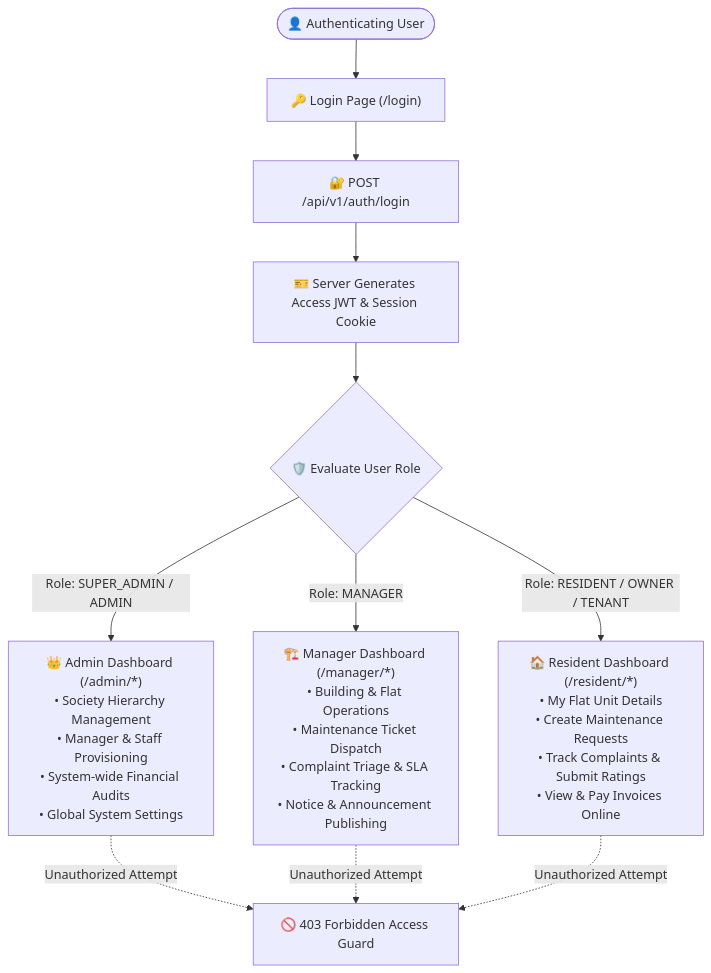
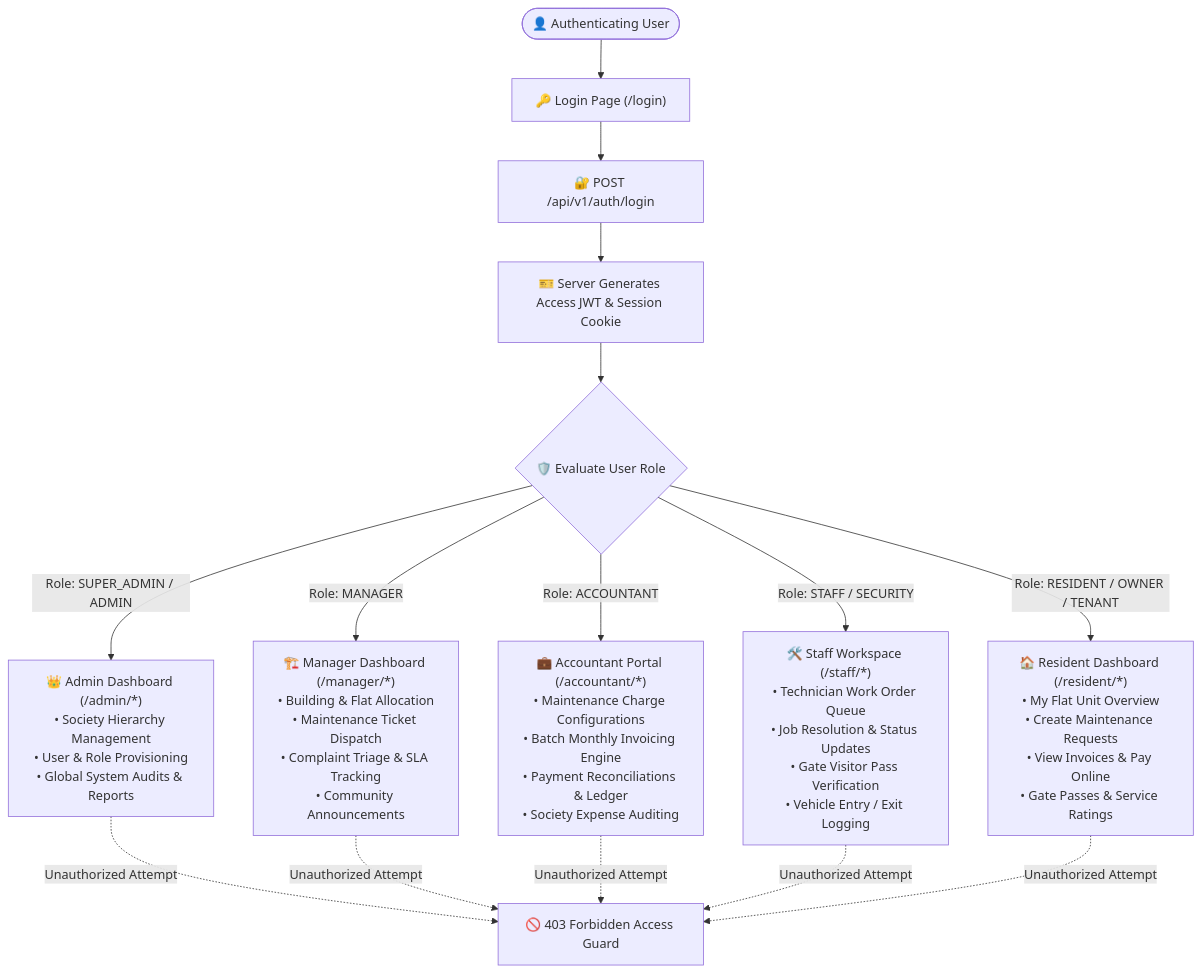
The second of 12 diagrams in flat-maintenance-backend/docs/BACKEND_TECHNICAL_DOCUMENTATION.md (umarxcodes/flat-maintenance-system), drawn with Mermaid before and after one commit. The commit also changed other lines of this file, not shown here.

Commit message:
docs: complete production architecture blueprint with ADRs, gap analysis, and quality gates

````diff
--- a/flat-maintenance-backend/docs/BACKEND_TECHNICAL_DOCUMENTATION.md
+++ b/flat-maintenance-backend/docs/BACKEND_TECHNICAL_DOCUMENTATION.md
@@ -269,15 +283,19 @@
 ```mermaid
 flowchart TD
     User(["👤 Authenticating User"]) --> Login["🔑 Login Page (/login)"]
     Login --> SubmitAuth["🔐 POST /api/v1/auth/login"]
     SubmitAuth --> VerifyToken["🎫 Server Generates Access JWT & Session Cookie"]
     VerifyToken --> RoleEval{"🛡️ Evaluate User Role"}
 
-    RoleEval -->|"Role: SUPER_ADMIN / ADMIN"| AdminDash["👑 Admin Dashboard (/admin/*)<br/>• Society Hierarchy Management<br/>• Manager & Staff Provisioning<br/>• System-wide Financial Audits<br/>• Global System Settings"]
-    RoleEval -->|"Role: MANAGER"| ManagerDash["🏗️ Manager Dashboard (/manager/*)<br/>• Building & Flat Operations<br/>• Maintenance Ticket Dispatch<br/>• Complaint Triage & SLA Tracking<br/>• Notice & Announcement Publishing"]
-    RoleEval -->|"Role: RESIDENT / OWNER / TENANT"| ResidentDash["🏠 Resident Dashboard (/resident/*)<br/>• My Flat Unit Details<br/>• Create Maintenance Requests<br/>• Track Complaints & Submit Ratings<br/>• View & Pay Invoices Online"]
+    RoleEval -->|"Role: SUPER_ADMIN / ADMIN"| AdminDash["👑 Admin Dashboard (/admin/*)<br/>• Society Hierarchy Management<br/>• User & Role Provisioning<br/>• Global System Audits & Reports"]
+    RoleEval -->|"Role: MANAGER"| ManagerDash["🏗️ Manager Dashboard (/manager/*)<br/>• Building & Flat Allocation<br/>• Maintenance Ticket Dispatch<br/>• Complaint Triage & SLA Tracking<br/>• Community Announcements"]
+    RoleEval -->|"Role: ACCOUNTANT"| AccountantDash["💼 Accountant Portal (/accountant/*)<br/>• Maintenance Charge Configurations<br/>• Batch Monthly Invoicing Engine<br/>• Payment Reconciliations & Ledger<br/>• Society Expense Auditing"]
+    RoleEval -->|"Role: STAFF / SECURITY"| StaffDash["🛠️ Staff Workspace (/staff/*)<br/>• Technician Work Order Queue<br/>• Job Resolution & Status Updates<br/>• Gate Visitor Pass Verification<br/>• Vehicle Entry / Exit Logging"]
+    RoleEval -->|"Role: RESIDENT / OWNER / TENANT"| ResidentDash["🏠 Resident Dashboard (/resident/*)<br/>• My Flat Unit Overview<br/>• Create Maintenance Requests<br/>• View Invoices & Pay Online<br/>• Gate Passes & Service Ratings"]
 
     AdminDash -.->|"Unauthorized Attempt"| Denied["🚫 403 Forbidden Access Guard"]
     ManagerDash -.->|"Unauthorized Attempt"| Denied
+    AccountantDash -.->|"Unauthorized Attempt"| Denied
+    StaffDash -.->|"Unauthorized Attempt"| Denied
     ResidentDash -.->|"Unauthorized Attempt"| Denied
 ```
````
